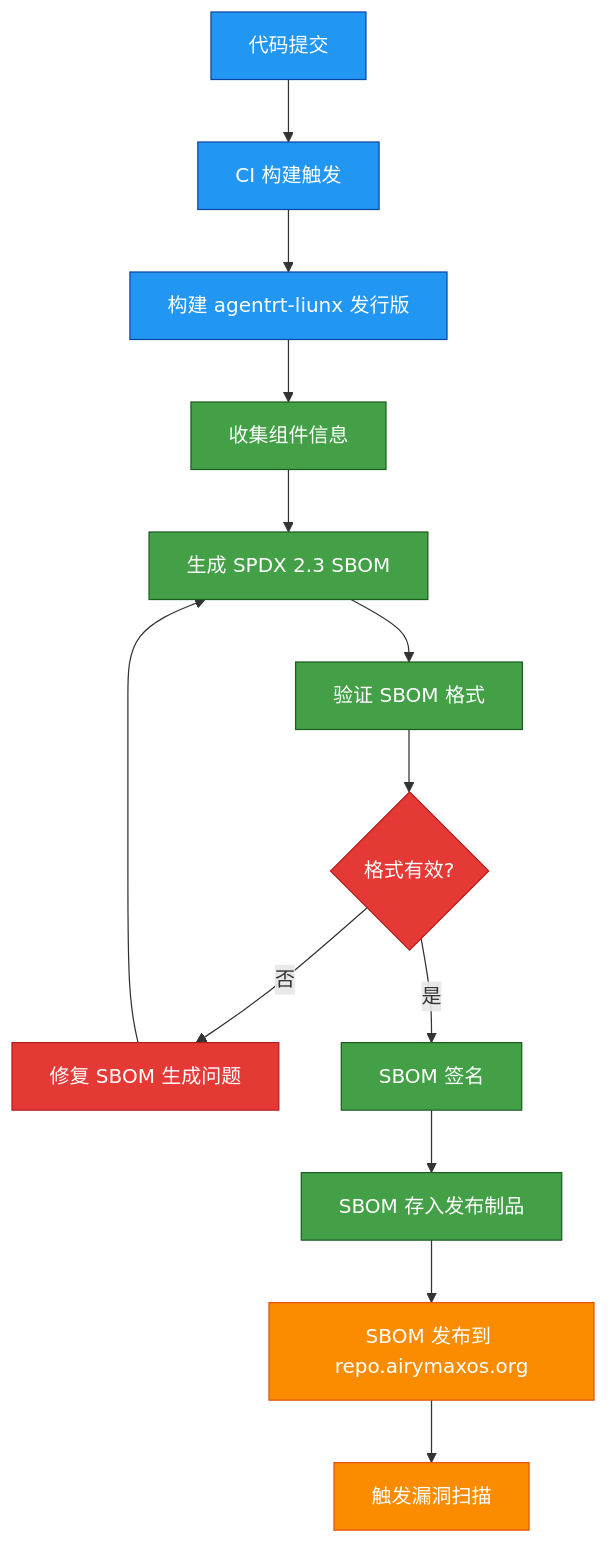
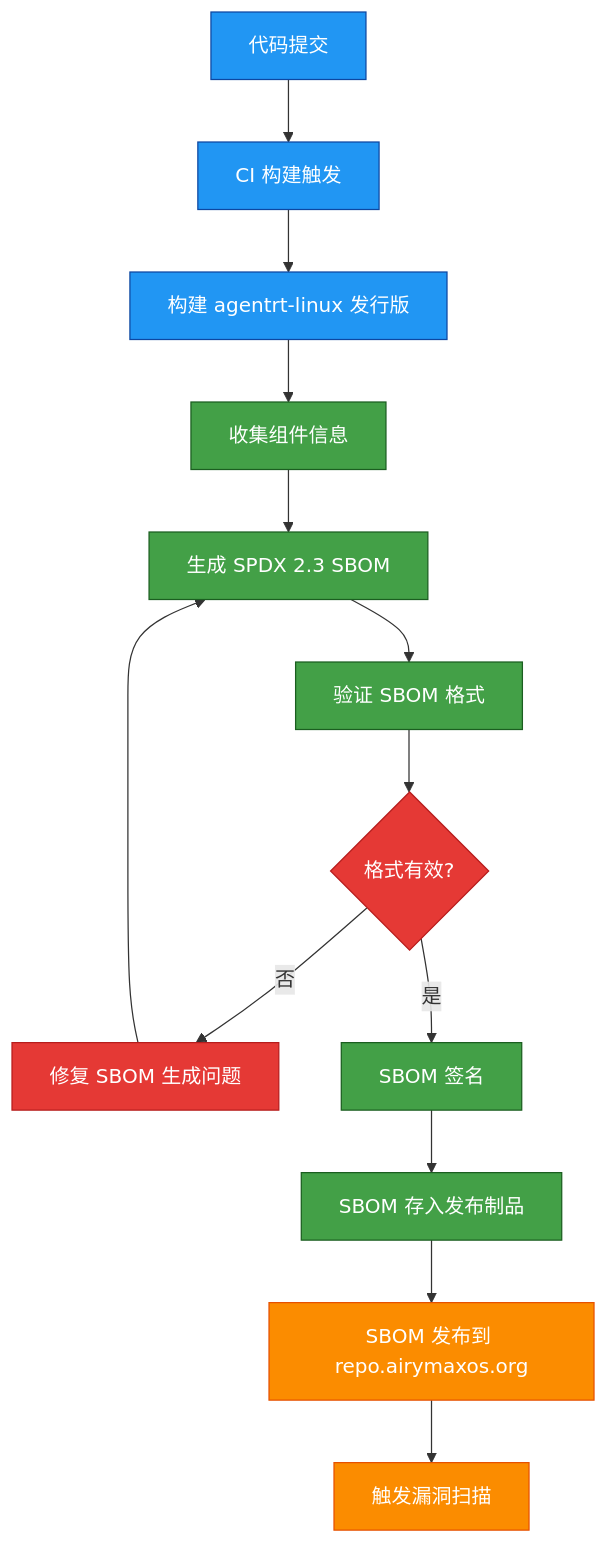
One commit to openairymax/docs changed the second of 2 diagrams in AirymaxOS/50-engineering-standards/50-project-erp/SBOM.md. Above: the diagram before and after it, drawn with Mermaid. The commit also changed other lines of this file and 75 other files, not shown here.

````diff
--- a/AirymaxOS/50-engineering-standards/50-project-erp/SBOM.md
+++ b/AirymaxOS/50-engineering-standards/50-project-erp/SBOM.md
@@ -322,25 +322,25 @@
 ```mermaid
 graph TD
     A[代码提交] --> B[CI 构建触发]
-    B --> C[构建 agentrt-liunx 发行版]
+    B --> C[构建 agentrt-linux 发行版]
     C --> D[收集组件信息]
     D --> E[生成 SPDX 2.3 SBOM]
     E --> F[验证 SBOM 格式]
     F --> G{格式有效?}
     G -->|否| H[修复 SBOM 生成问题]
     H --> E
     G -->|是| I[SBOM 签名]
     I --> J[SBOM 存入发布制品]
     J --> K[SBOM 发布到 repo.airymaxos.org]
     K --> L[触发漏洞扫描]
 
     classDef build fill:#2196f3,stroke:#0d47a1,color:#ffffff
     classDef sbom fill:#43a047,stroke:#1b5e20,color:#ffffff
     classDef error fill:#e53935,stroke:#b71c1c,color:#ffffff
     classDef release fill:#fb8c00,stroke:#e65100,color:#ffffff
 
     class A,B,C build
     class D,E,F,I,J sbom
     class G,H error
     class K,L release
 ```
````
